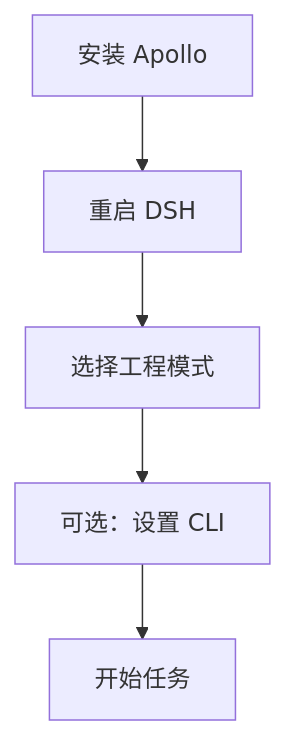
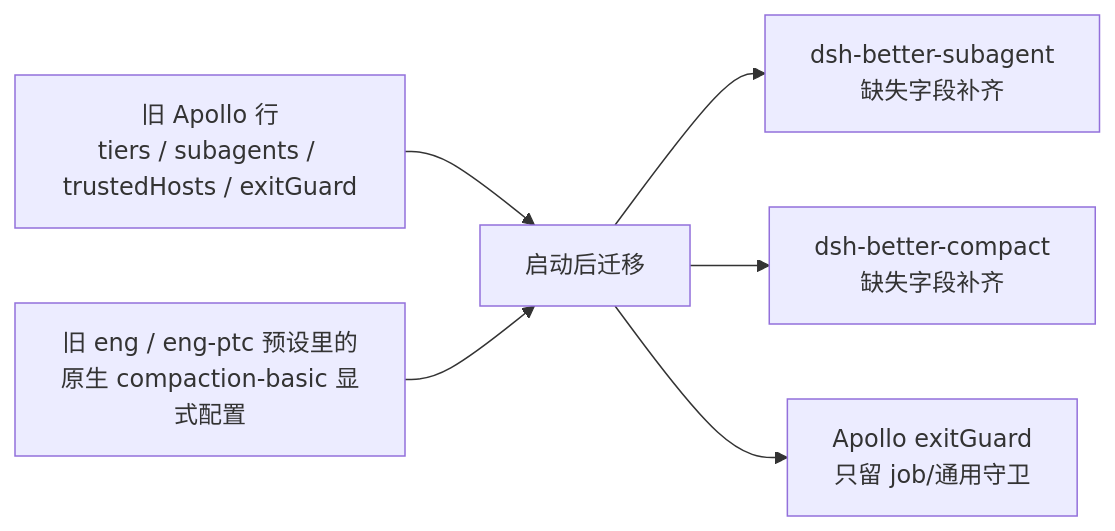
The second of 2 diagrams in README.md (Menghuan1918/dsh-apollo), drawn with Mermaid before and after one commit. The commit also changed other lines of this file and 2 other files, not shown here.

````diff
--- a/README.md
+++ b/README.md
@@ -79,7 +114,8 @@
 ```mermaid
-flowchart TB
-    A["安装 Apollo"] --> B["重启 DSH"]
-    B --> C["选择工程模式"]
-    C --> D["可选：设置 CLI"]
-    D --> E["开始任务"]
+flowchart LR
+    A["旧 Apollo 行<br/>tiers / subagents / trustedHosts / exitGuard"] --> B["启动后迁移"]
+    C["旧 eng / eng-ptc 预设里的<br/>原生 compaction-basic 显式配置"] --> B
+    B --> D["dsh-better-subagent<br/>缺失字段补齐"]
+    B --> E["dsh-better-compact<br/>缺失字段补齐"]
+    B --> F["Apollo exitGuard<br/>只留 job/通用守卫"]
 ```
````
